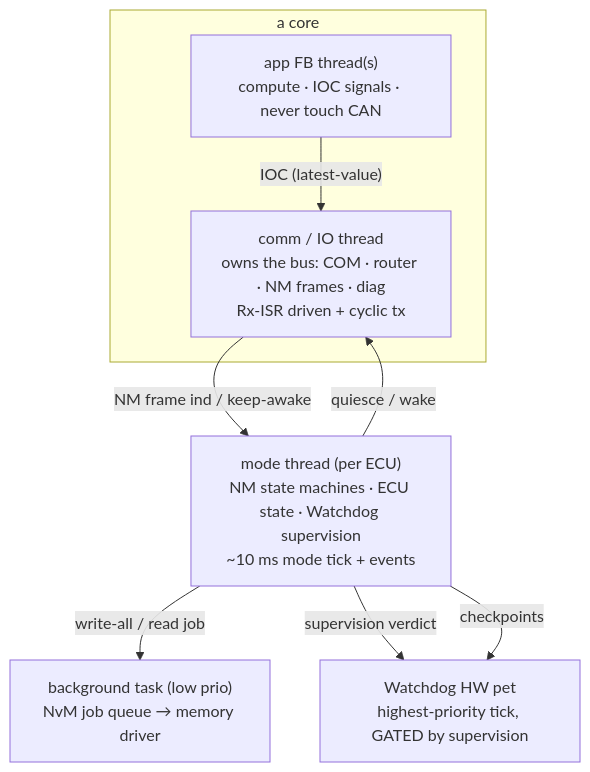
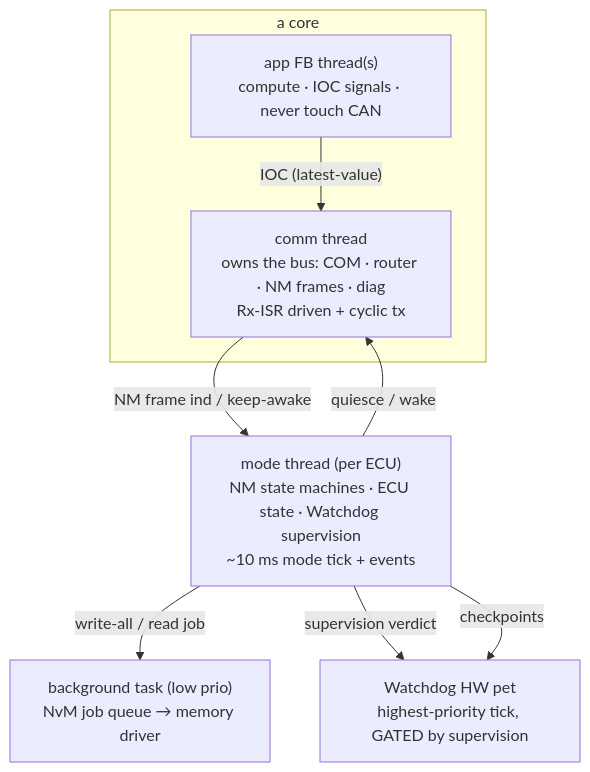
Before and after one commit to MartenH/blobly_emb: the third of 3 diagrams in docs/architecture.md, drawn with Mermaid. The commit also changed other lines of this file, not shown here.

First line of the commit message:
docs: comm thread is per-core (owns its buses), not per-bus

````diff
--- a/docs/architecture.md
+++ b/docs/architecture.md
@@ -201,17 +206,17 @@
 ```mermaid
 graph TB
   subgraph core["a core"]
     FBT["app FB thread(s)<br/>compute · IOC signals · never touch CAN"]
-    COMMT["comm / IO thread<br/>owns the bus: COM · router · NM frames · diag<br/>Rx-ISR driven + cyclic tx"]
+    COMMT["comm thread<br/>owns the bus: COM · router · NM frames · diag<br/>Rx-ISR driven + cyclic tx"]
   end
   MODET["mode thread (per ECU)<br/>NM state machines · ECU state · Watchdog supervision<br/>~10 ms mode tick + events"]
   BGT["background task (low prio)<br/>NvM job queue → memory driver"]
   WDG["Watchdog HW pet<br/>highest-priority tick, GATED by supervision"]
 
   FBT -- "IOC (latest-value)" --> COMMT
   COMMT -- "NM frame ind / keep-awake" --> MODET
   MODET -- "quiesce / wake" --> COMMT
   MODET -- "write-all / read job" --> BGT
   MODET -- "supervision verdict" --> WDG
   MODET -- "checkpoints" --> WDG
 ```
````
